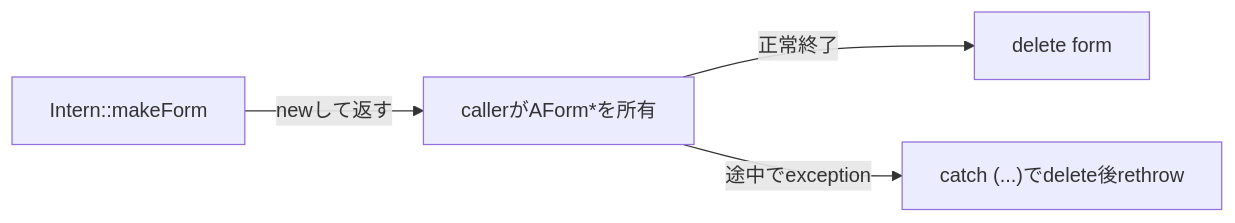
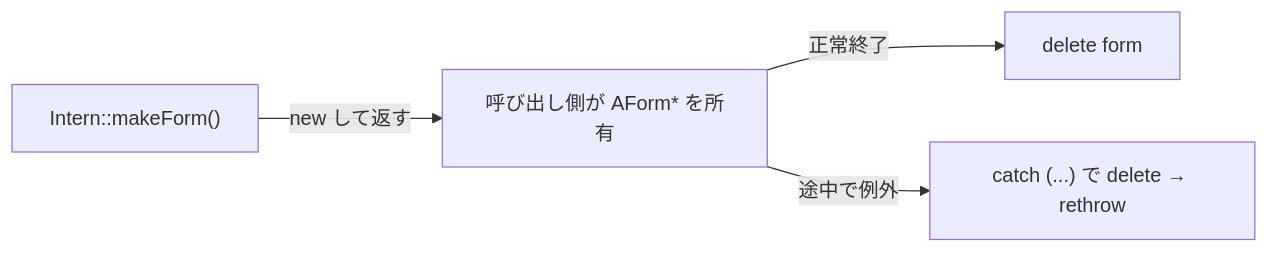
One commit to Kizuna42/cpp changed the sixth of 6 diagrams in CPP05_COMPLETE_DEFENSE_GUIDE.md. Above: the diagram before and after it, drawn with Mermaid. The commit also changed other lines of this file, not shown here.

````diff
--- a/CPP05_COMPLETE_DEFENSE_GUIDE.md
+++ b/CPP05_COMPLETE_DEFENSE_GUIDE.md
@@ -510,6 +342,6 @@
 ```mermaid
 flowchart LR
-    I["Intern::makeForm"] -->|newして返す| C["callerがAForm*を所有"]
+    I["Intern::makeForm()"] -->|new して返す| C["呼び出し側が AForm* を所有"]
     C -->|正常終了| D["delete form"]
-    C -->|途中でexception| E["catch (...)でdelete後rethrow"]
+    C -->|途中で例外| E["catch (...) で delete → rethrow"]
 ```
````
